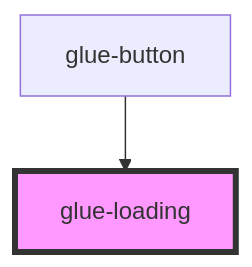
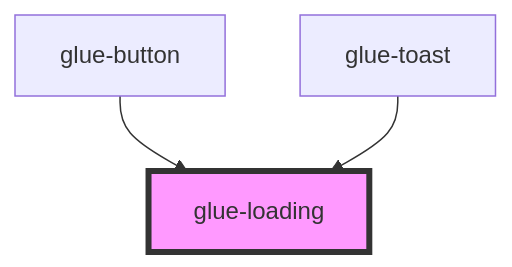
One commit to grasilife/glue changed the diagram in packages/glue-components/src/components/glue-loading/readme.md. Above: the diagram before and after it, drawn with Mermaid. The commit also changed other lines of this file and 6 other files, not shown here.

````diff
--- a/packages/glue-components/src/components/glue-loading/readme.md
+++ b/packages/glue-components/src/components/glue-loading/readme.md
@@ -27,5 +28,6 @@
 ```mermaid
 graph TD;
   glue-button --> glue-loading
+  glue-toast --> glue-loading
   style glue-loading fill:#f9f,stroke:#333,stroke-width:4px
 ```
````
